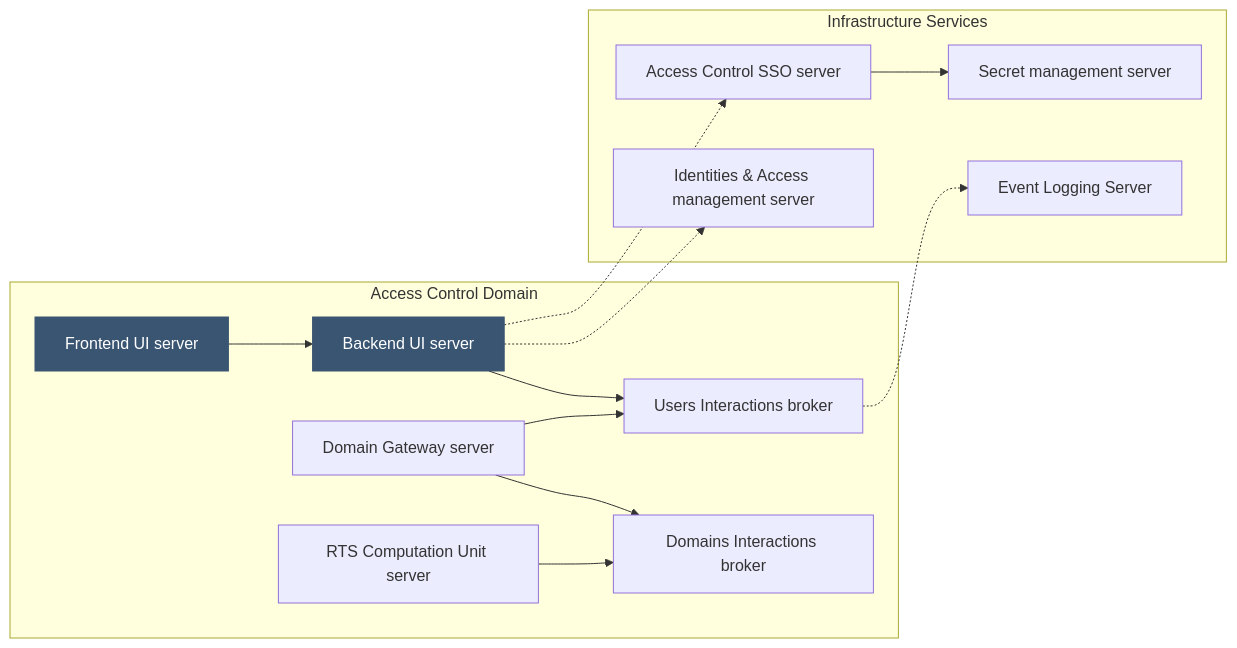
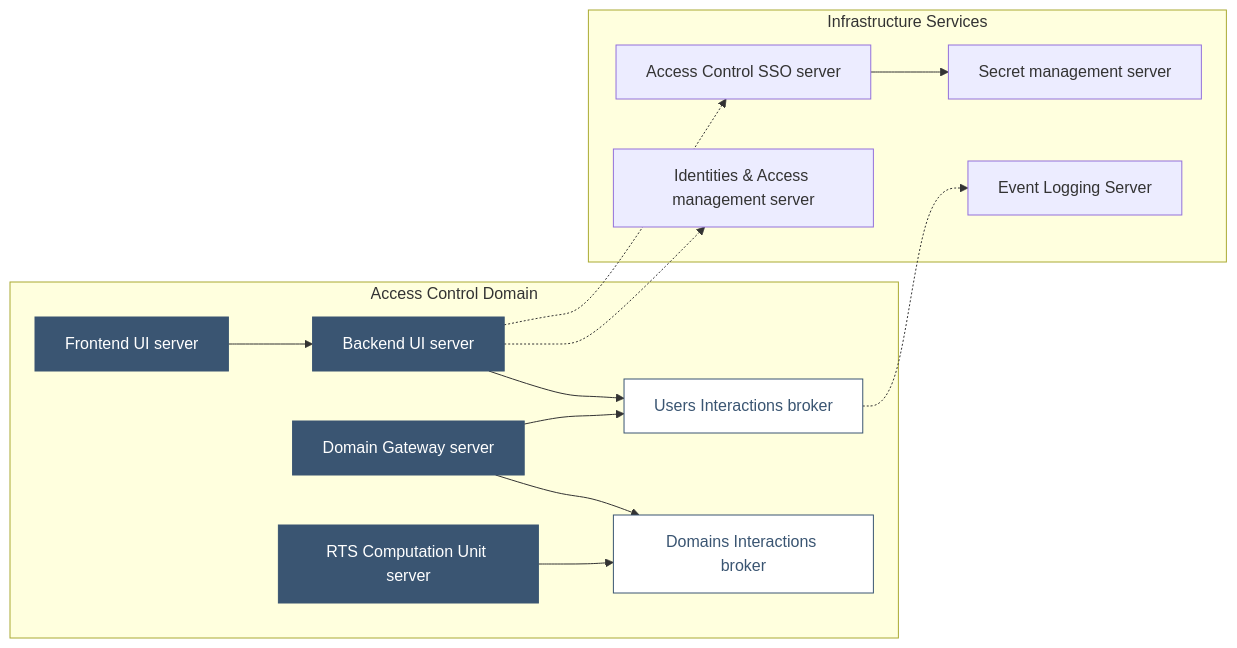
The diagram in prototypes-line/techstack/v0/README.md (cybnity/foundation), drawn with Mermaid before and after one commit.

````diff
--- a/prototypes-line/techstack/v0/README.md
+++ b/prototypes-line/techstack/v0/README.md
@@ -62,25 +62,27 @@
 ```mermaid
 flowchart LR
     subgraph domain[Access Control Domain]
         frontui[Frontend UI server]:::system --> backend[Backend UI server]:::system;
-        backend --> uispace[Users Interactions broker];
-        gateway[Domain Gateway server] --> domainspace[Domains Interactions broker];
-        rtscomput[RTS Computation Unit server] --> domainspace;
+        backend --> uispace[Users Interactions broker]:::techcomp;
+        gateway[Domain Gateway server]:::system --> domainspace[Domains Interactions broker]:::techcomp;
+        rtscomput[RTS Computation Unit server]:::system --> domainspace;
     end
     subgraph infrastructure[Infrastructure Services]
         sso[Access Control SSO server] --> secret[Secret management server];
         idm[Identities & Access management server];
         logging[Event Logging Server];
     end
     backend -.-> idm;
     backend -.-> sso;
     uispace -.-> logging;
     gateway --> uispace;
     
+	classDef system fill:#3a5572,stroke:#3a5572,color:#fff;
+	classDef techcomp fill:#fff,stroke:#3a5572,color:#3a5572;
+	
     classDef influencefactor fill:#ffffff,stroke:#e5302a,stroke-width:1px,color:#e5302a,stroke-dasharray: 5 5;
 	classDef influenceactor fill:#888888,stroke:#888888,stroke-width:1px,color:#fff;
 	classDef opportunitycriteria fill:#efefef,stroke:#afafaf,stroke-width:1px,color:#000;
-	classDef system fill:#3a5572,stroke:#3a5572,color:#fff;
-	classDef opportunitydomain fill:#fff,stroke:#3a5572,color:#3a5572;
+	
 	classDef opportunitysegment fill:#3a5572,stroke:#3a5572,color:#fff;
 ```
````
